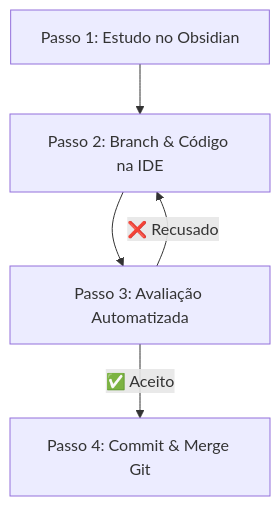
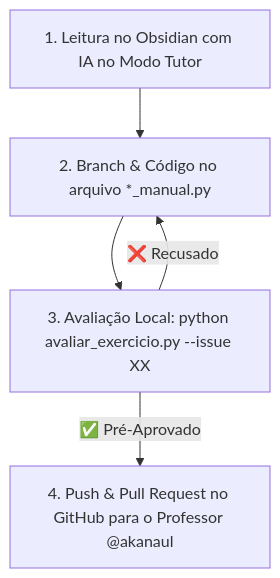
One commit to akanaul/Python-Aulas changed the diagram in MANUAL_DO_ALUNO.md. Above: the diagram before and after it, drawn with Mermaid. The commit also changed other lines of this file and 4 other files, not shown here.

Commit message:
docs(ux): adiciona guia visual do iniciante para os 18 plugins, atalhos e botao de panico no 00_dashboard e MANUAL_DO_ALUNO

````diff
--- a/MANUAL_DO_ALUNO.md
+++ b/MANUAL_DO_ALUNO.md
@@ -20,7 +27,7 @@
 ```mermaid
 graph TD
-    A[Passo 1: Estudo no Obsidian] --> B[Passo 2: Branch & Código na IDE]
-    B --> C[Passo 3: Avaliação Automatizada]
+    A[1. Leitura no Obsidian com IA no Modo Tutor] --> B[2. Branch & Código no arquivo *_manual.py]
+    B --> C[3. Avaliação Local: python avaliar_exercicio.py --issue XX]
     C -->|❌ Recusado| B
-    C -->|✅ Aceito| D[Passo 4: Commit & Merge Git]
+    C -->|✅ Pré-Aprovado| D[4. Push & Pull Request no GitHub para o Professor @akanaul]
 ```
````
